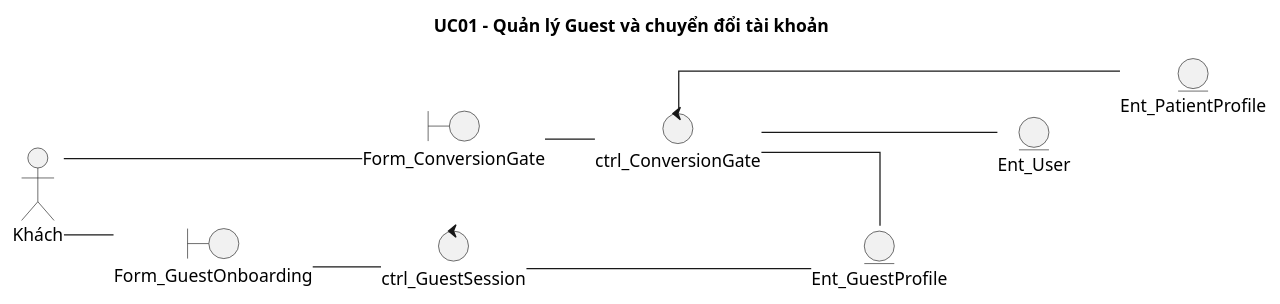
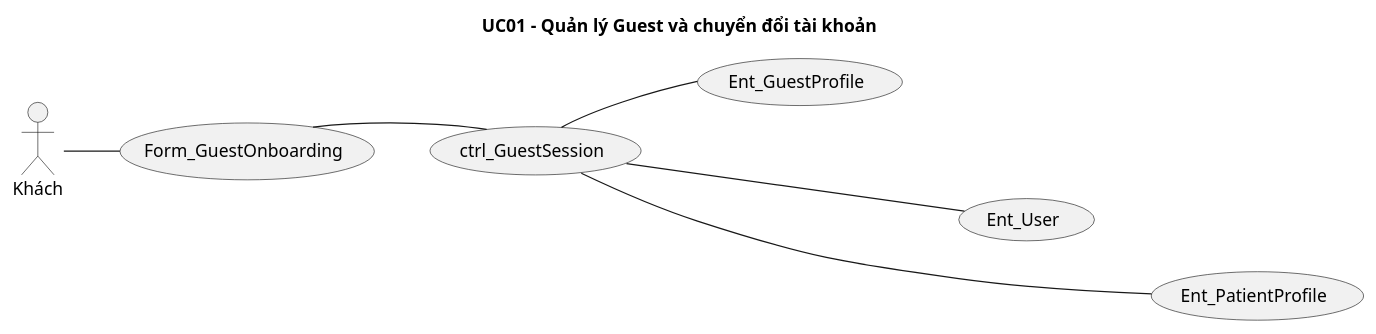
Before and after one commit to phuongtech24/do_an: the diagram in docs/diagrams/Bieudolop/uc01_guest_management_bieudolop.puml, drawn with PlantUML. The commit also changed 61 other files, not shown here.

```diff
--- a/docs/diagrams/Bieudolop/uc01_guest_management_bieudolop.puml
+++ b/docs/diagrams/Bieudolop/uc01_guest_management_bieudolop.puml
@@ -1,30 +1,28 @@
 @startuml
 skinparam defaultFontName "Times New Roman"
 skinparam shadowing false
 skinparam monochrome true
-skinparam linetype ortho
-skinparam nodesep 45
-skinparam ranksep 40
+skinparam nodesep 60
+skinparam ranksep 45
+skinparam usecaseFontSize 14
 title UC01 - Quản lý Guest và chuyển đổi tài khoản
 left to right direction
+
 actor "Khách" as A
-boundary "Form_GuestOnboarding" as B1
-boundary "Form_ConversionGate" as B2
-control "ctrl_GuestSession" as C1
-control "ctrl_ConversionGate" as C2
-entity "Ent_GuestProfile" as E1
-entity "Ent_User" as E2
-entity "Ent_PatientProfile" as E3
-B1 -[hidden]down-> B2
-C1 -[hidden]down-> C2
+usecase "Form_GuestOnboarding" as B1
+usecase "ctrl_GuestSession" as C1
+usecase "Ent_GuestProfile" as E1
+usecase "Ent_User" as E2
+usecase "Ent_PatientProfile" as E3
+
+B1 -[hidden]-> C1
+C1 -[hidden]-> E1
 E1 -[hidden]down-> E2
 E2 -[hidden]down-> E3
+
 A -- B1
-A -- B2
 B1 -- C1
-B2 -- C2
 C1 -- E1
-C2 -- E1
-C2 -- E2
-C2 -- E3
+C1 -- E2
+C1 -- E3
 @enduml
```
